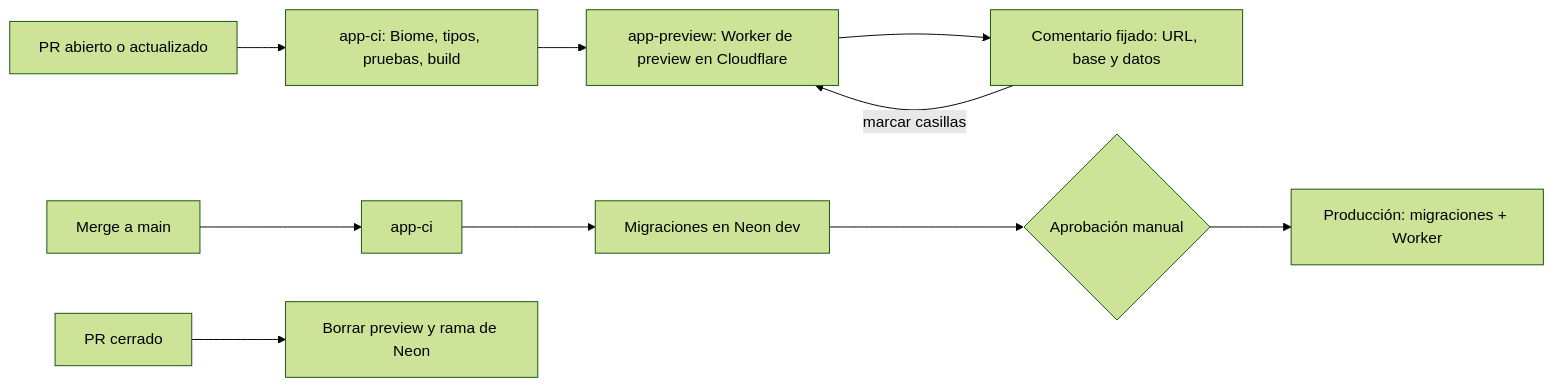
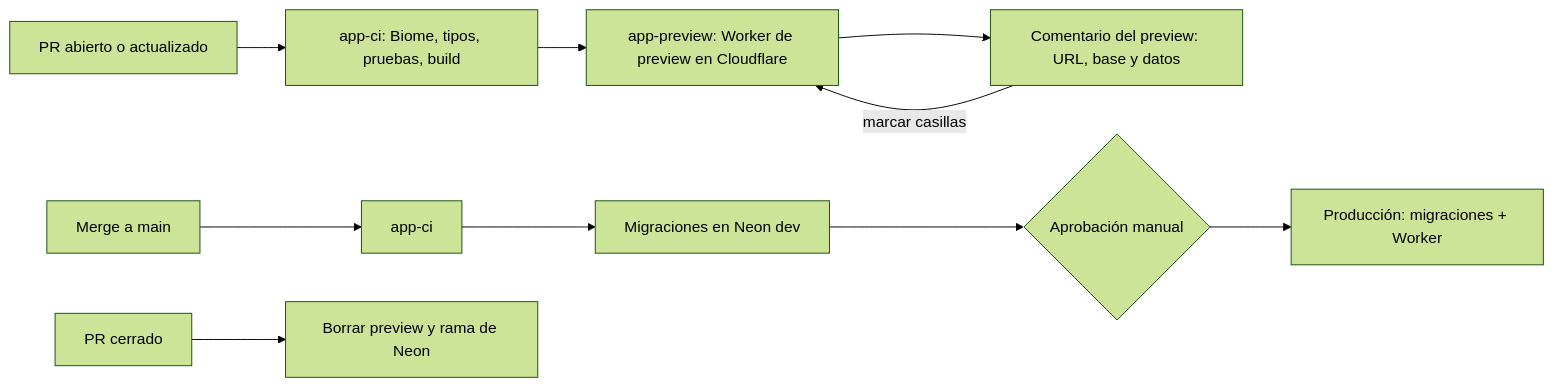
One commit to EKOU-Solutions/EKOU-Elephants changed the diagram in docs/ci-cd.md. Above: the diagram before and after it, drawn with Mermaid (forest theme). The commit also changed other lines of this file and 5 other files, not shown here.

First line of the commit message:
fix(TASK-04): no fijar el comentario del preview y mostrar bien los datos del corte

````diff
--- a/docs/ci-cd.md
+++ b/docs/ci-cd.md
@@ -7,9 +7,9 @@
 ```mermaid
 flowchart LR
   pr[PR abierto o actualizado] --> ci[app-ci: Biome, tipos, pruebas, build]
   ci --> prev[app-preview: Worker de preview en Cloudflare]
-  prev --> com[Comentario fijado: URL, base y datos]
+  prev --> com[Comentario del preview: URL, base y datos]
   com -- marcar casillas --> prev
   merge[Merge a main] --> ci2[app-ci] --> dev[Migraciones en Neon dev] --> aprob{Aprobación manual} --> prod[Producción: migraciones + Worker]
   cerrar[PR cerrado] --> limpiar[Borrar preview y rama de Neon]
 ```
````
